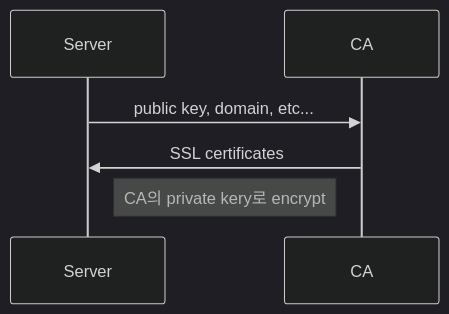
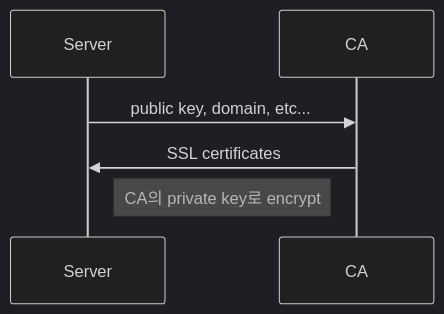
The first of 2 diagrams in src/posts/basic-security/basic-security.md (niceandneat/niceandneat.dev), drawn with Mermaid (dark theme) before and after one commit. The commit also changed other lines of this file, not shown here.

````diff
--- a/src/posts/basic-security/basic-security.md
+++ b/src/posts/basic-security/basic-security.md
@@ -11,8 +268,8 @@
 ```mermaid
 sequenceDiagram
     participant Server
     participant CA
     Server->>CA: public key, domain, etc...
     CA->>Server: SSL certificates
-    Note left of CA: CA의 private kery로 encrypt
+    Note left of CA: CA의 private key로 encrypt
 ```
````
